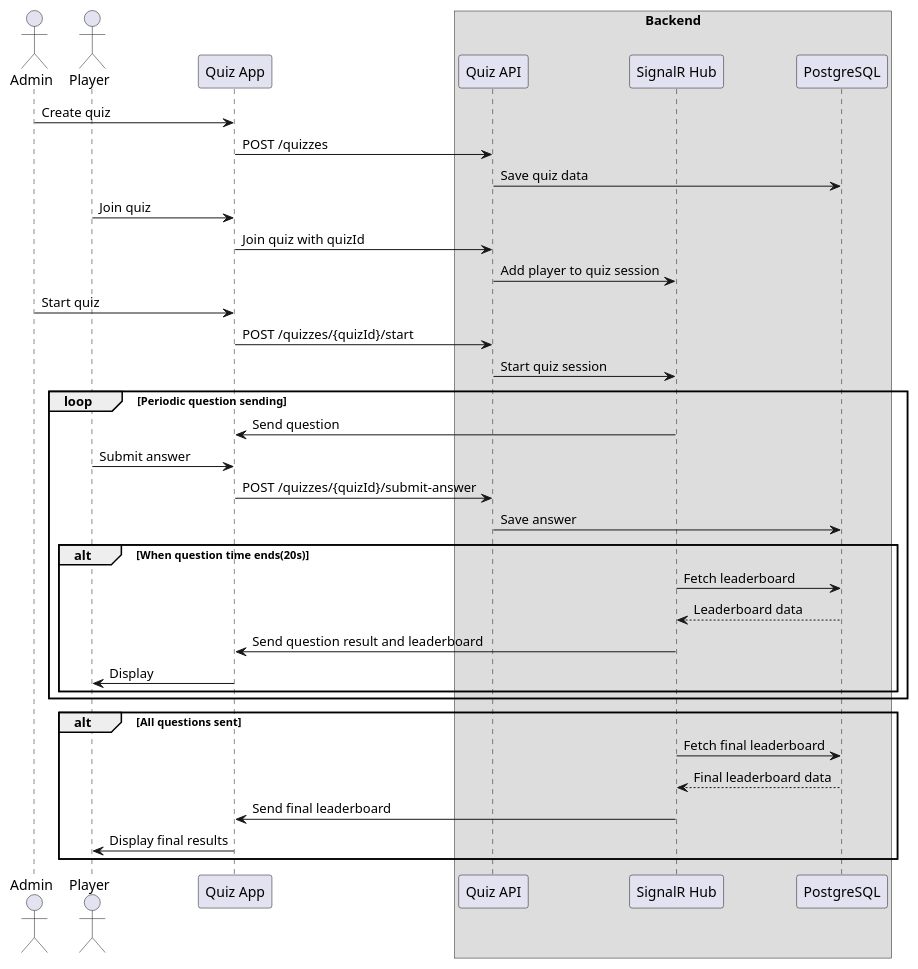
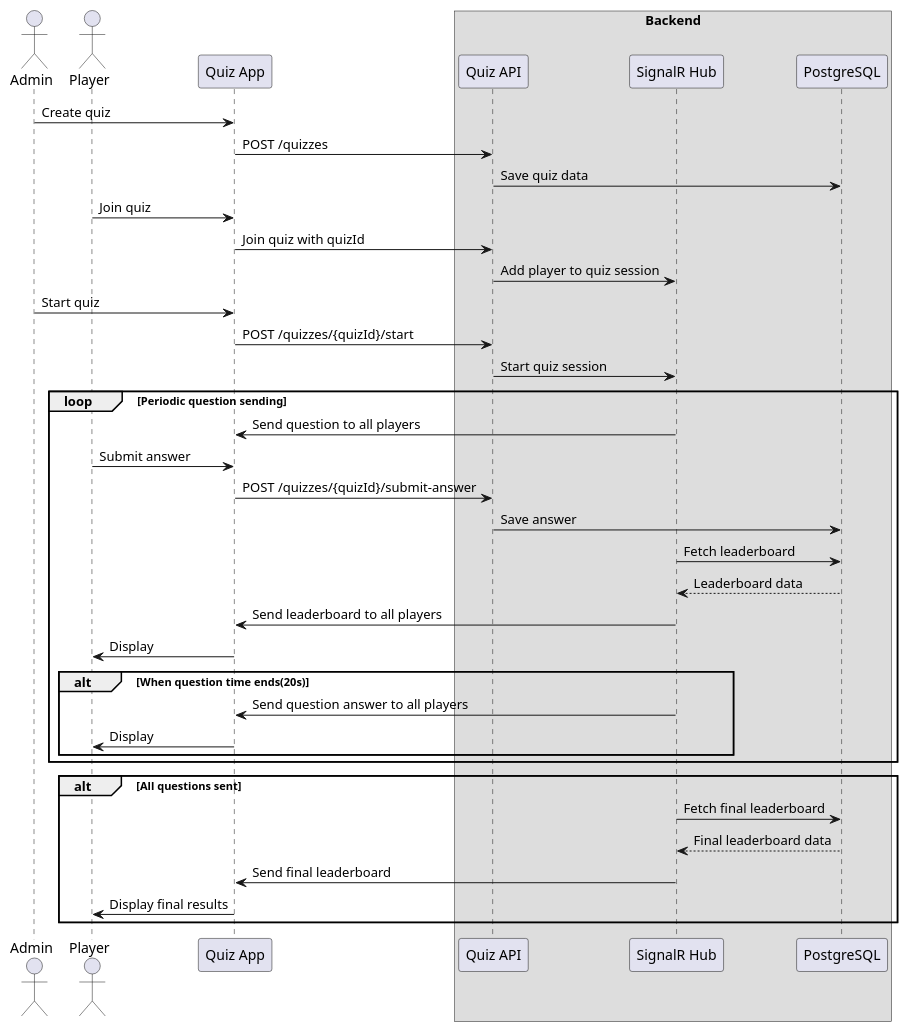
The diagram in diagrams/sequence_diagram.iuml (quango2304/realtime_quiz_system), drawn with PlantUML before and after one commit. The commit also changed 11 other files, not shown here.

```diff
--- a/diagrams/sequence_diagram.iuml
+++ b/diagrams/sequence_diagram.iuml
@@ -1,46 +1,47 @@
 @startuml StartQuizSessionFlow
 
 actor Admin
 actor Player
 
 participant "Quiz App" as QuizApp
 
 box "Backend"
 participant "Quiz API" as QuizAPI
 participant "SignalR Hub" as SignalRHub
 participant "PostgreSQL" as PostgreSQL
 end box
 
 Admin -> QuizApp: Create quiz
 QuizApp -> QuizAPI: POST /quizzes
 QuizAPI -> PostgreSQL: Save quiz data
 
 Player -> QuizApp: Join quiz
 QuizApp -> QuizAPI: Join quiz with quizId
 QuizAPI -> SignalRHub: Add player to quiz session
 
 Admin -> QuizApp: Start quiz
 QuizApp -> QuizAPI: POST /quizzes/{quizId}/start
 QuizAPI -> SignalRHub: Start quiz session
 
 loop Periodic question sending
-    SignalRHub -> QuizApp: Send question
+    SignalRHub -> QuizApp: Send question to all players
     Player -> QuizApp: Submit answer
     QuizApp -> QuizAPI: POST /quizzes/{quizId}/submit-answer
     QuizAPI -> PostgreSQL: Save answer
-
+    SignalRHub -> PostgreSQL: Fetch leaderboard
+    PostgreSQL --> SignalRHub: Leaderboard data
+    SignalRHub -> QuizApp: Send leaderboard to all players
+    QuizApp -> Player: Display
     alt When question time ends(20s)
-        SignalRHub -> PostgreSQL: Fetch leaderboard
-        PostgreSQL --> SignalRHub: Leaderboard data
-        SignalRHub -> QuizApp: Send question result and leaderboard
+        SignalRHub -> QuizApp: Send question answer to all players
         QuizApp -> Player: Display
     end
 end while (More questions remain)
 
 alt All questions sent
     SignalRHub -> PostgreSQL: Fetch final leaderboard
     PostgreSQL --> SignalRHub: Final leaderboard data
     SignalRHub -> QuizApp: Send final leaderboard
     QuizApp -> Player: Display final results
 end
 @enduml
```
